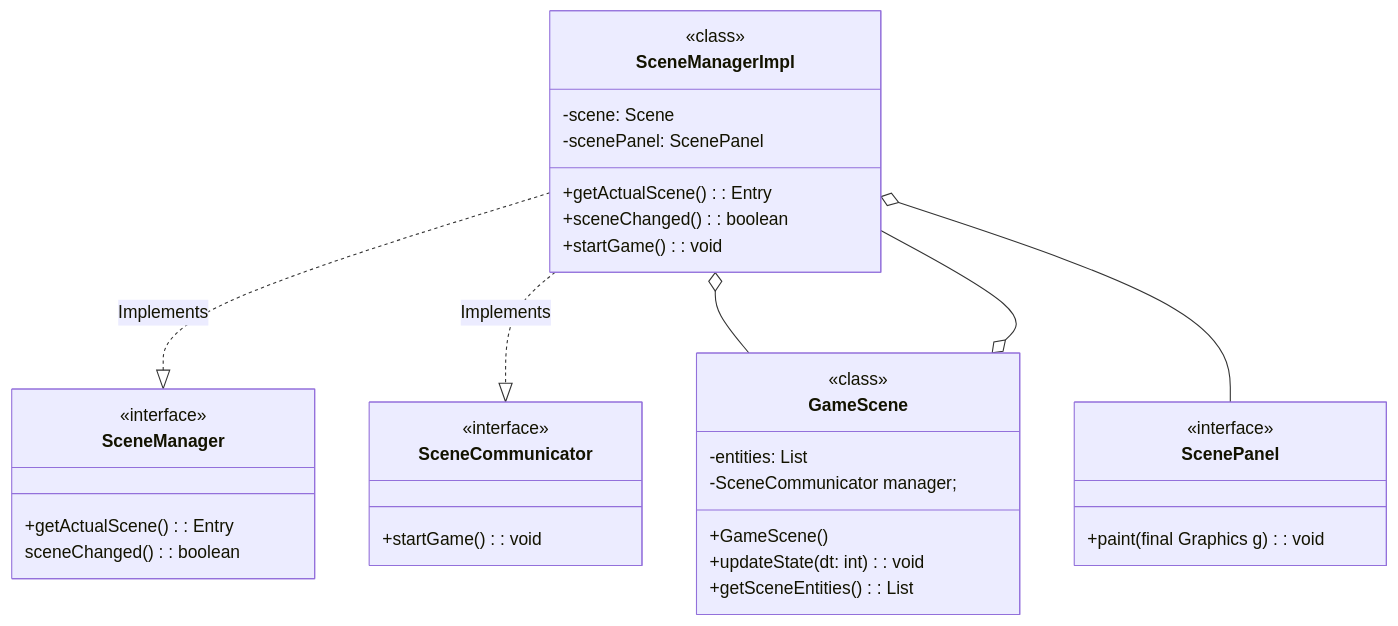
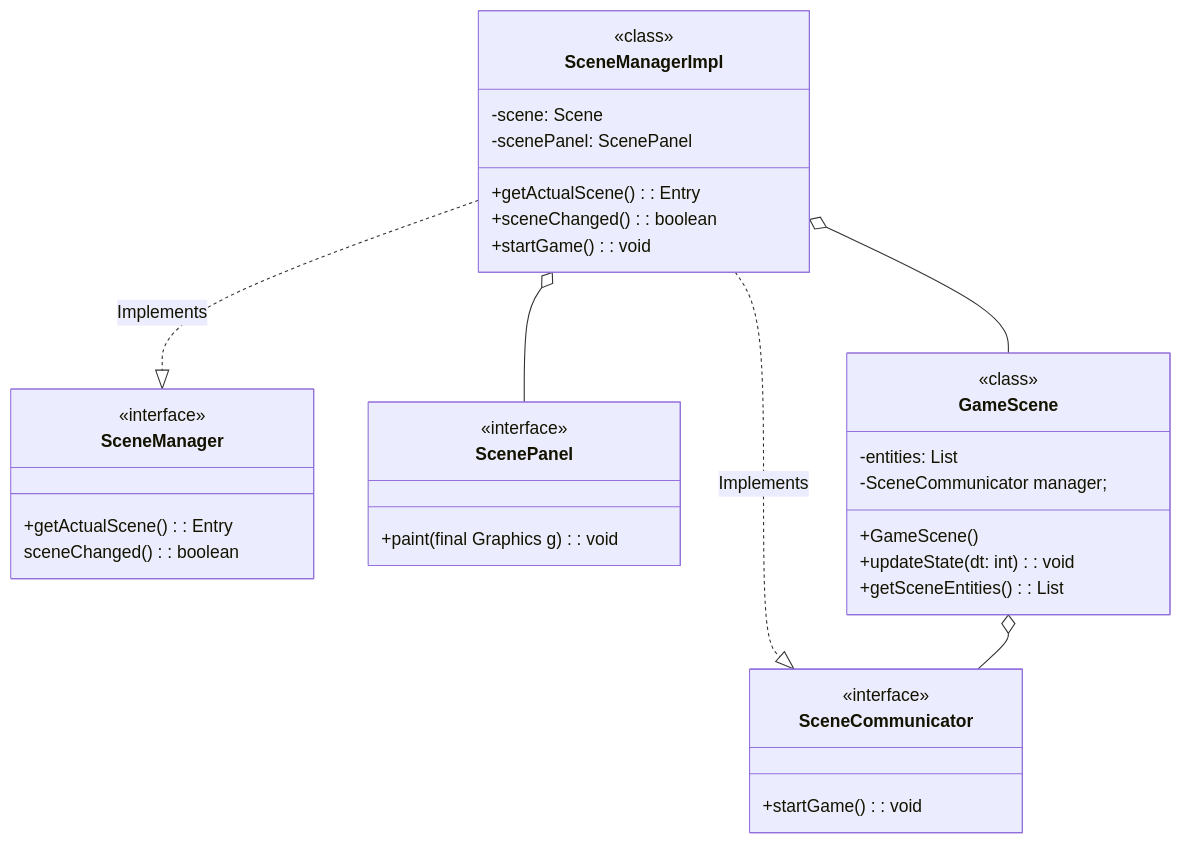
One commit to GiuseppeGambacorta/2DGameEngine changed the third of 3 diagrams in README.md. Above: the diagram before and after it, drawn with Mermaid. The commit also changed 1 other file, not shown here.

Commit message:
update readme and sceneChanged()

````diff
--- a/README.md
+++ b/README.md
@@ -156,49 +156,50 @@
 ```mermaid
 classDiagram
 
 class SceneManager {
   <<interface>>
   +getActualScene(): Entry<ScenePanel,Scene>
   sceneChanged(): boolean
 }
 
 
 
 class ScenePanel{
   <<interface>>
   +paint(final Graphics g): void
 }
 
 class SceneManagerImpl {
   <<class>>
   -scene: Scene
   -scenePanel: ScenePanel
   +getActualScene(): Entry<ScenePanel,Scene>
   +sceneChanged(): boolean
   +startGame() : void
 }
 
 
 class GameScene {
   <<class>>
   -entities: List<GameObject>
   -SceneCommunicator manager;
   +GameScene()
   +updateState(dt: int): void
   +getSceneEntities(): List<GameObject>
 }
 
 
 
 class SceneCommunicator {
   <<interface>>
   +startGame() : void
 }
 
 SceneManagerImpl ..|> SceneManager : Implements
 SceneManagerImpl ..|> SceneCommunicator : Implements
 SceneManagerImpl o-- GameScene
 SceneManagerImpl o-- ScenePanel
 
-GameScene o-- SceneManagerImpl
+GameScene o-- SceneCommunicator
+
 ```
````
